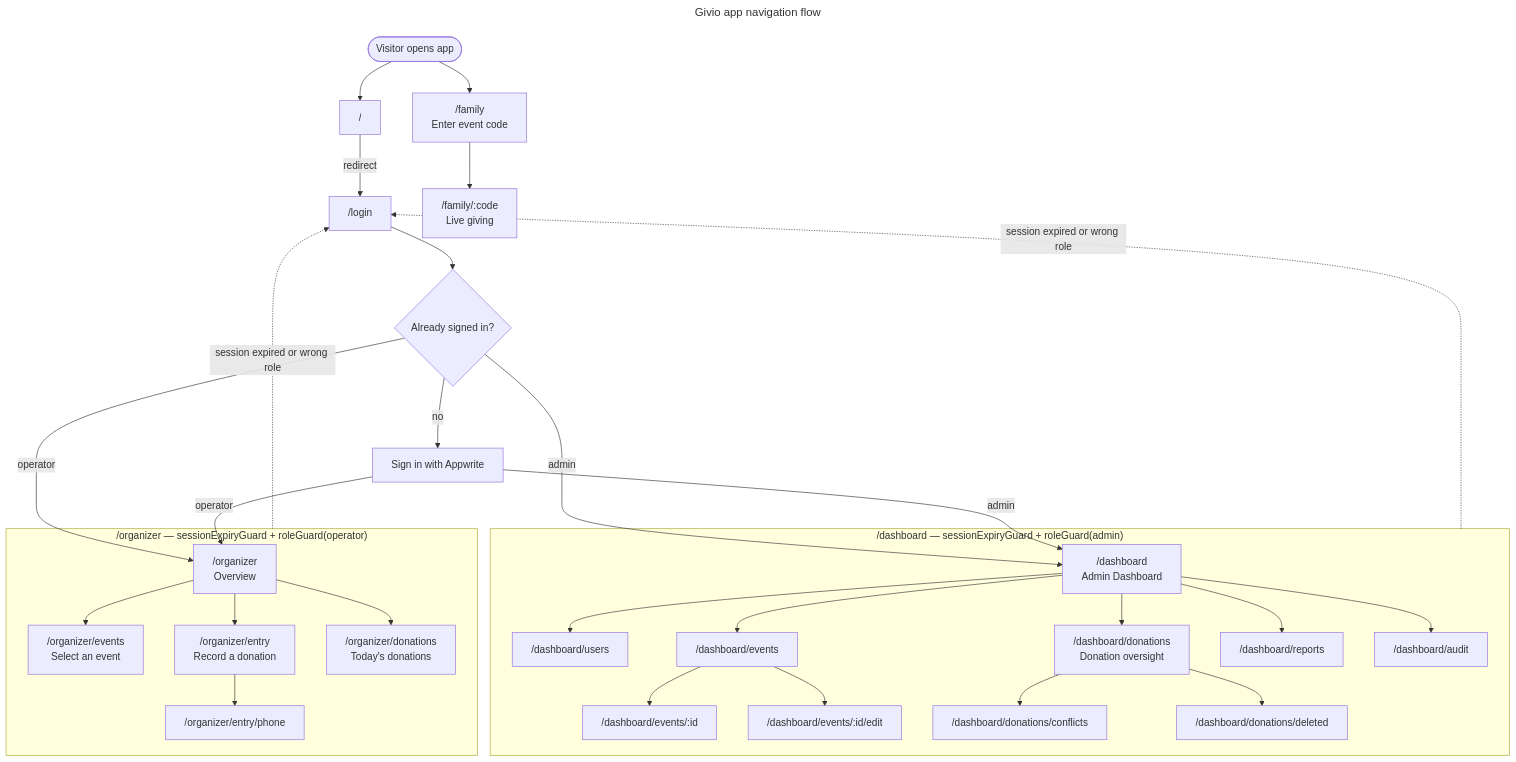
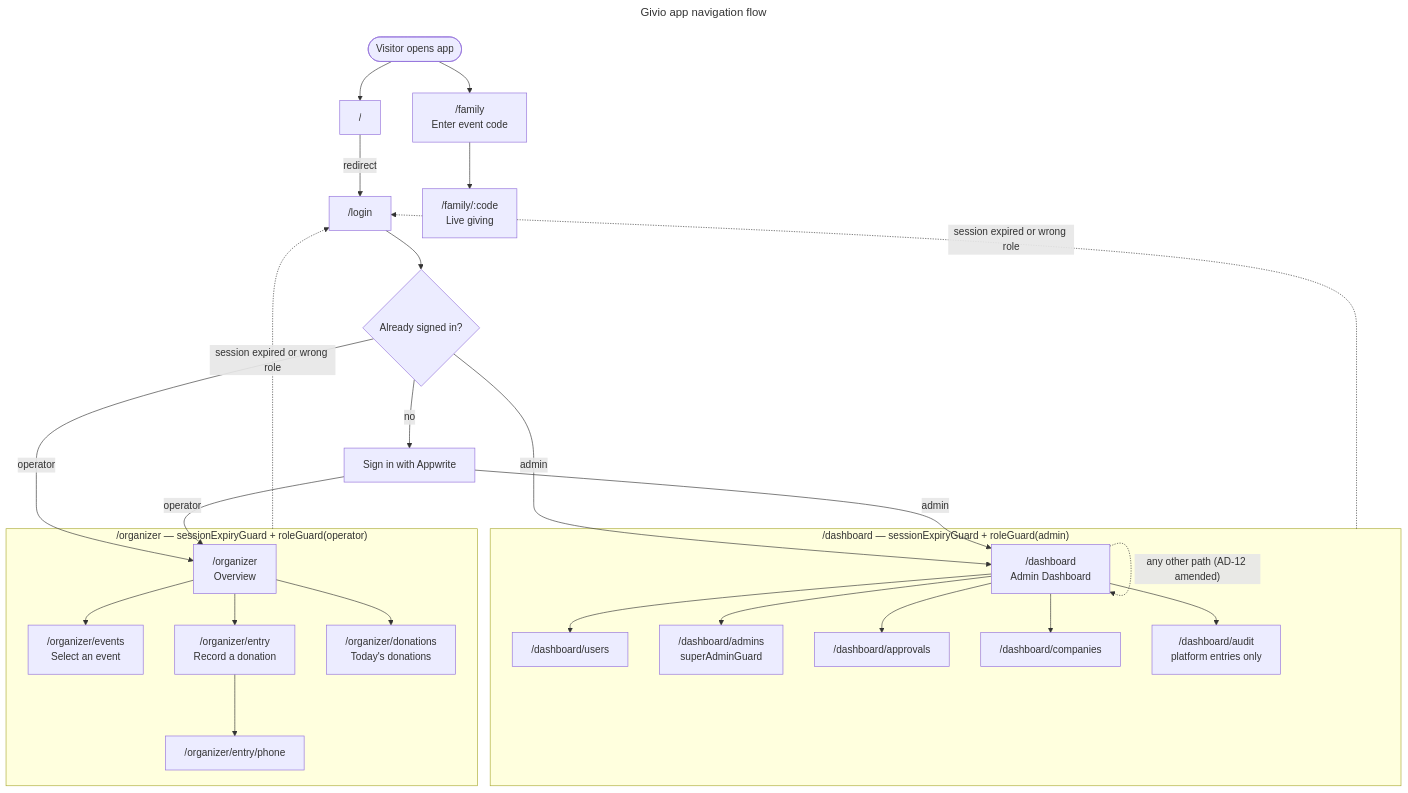
The diagram in docs/diagrams/app-navigation-flow.mmd (Bentil4/Givio), drawn with Mermaid before and after one commit. The commit also changed 85 other files, not shown here.

First line of the commit message:
feat(admin): drop Admin access to company events and donations

```diff
--- a/docs/diagrams/app-navigation-flow.mmd
+++ b/docs/diagrams/app-navigation-flow.mmd
@@ -1,43 +1,40 @@
 ---
 title: Givio app navigation flow
 id: https://mermaidchart.com/d/4142e8d2-b6dd-4b26-a66a-f772ff9aee28
 ---
 %% Source: src/app/app.routes.ts, src/app/auth/auth.routes.ts,
 %% src/app/feature/pages/{admin,organizer,family}/*.routes.ts, src/app/core/guards/role.guard.ts
 flowchart TD
     Start([Visitor opens app]) --> Root["/"]
     Root -->|redirect| Login["/login"]
 
     Login --> Authed{Already signed in?}
     Authed -->|admin| AdminHome
     Authed -->|operator| OrgHome
     Authed -->|no| SignIn[Sign in with Appwrite]
     SignIn -->|admin| AdminHome
     SignIn -->|operator| OrgHome
 
     Start --> FamilyCode["/family<br/>Enter event code"]
     FamilyCode --> FamilyLive["/family/:code<br/>Live giving"]
 
     subgraph Admin["/dashboard — sessionExpiryGuard + roleGuard(admin)"]
         AdminHome["/dashboard<br/>Admin Dashboard"]
         AdminHome --> Users["/dashboard/users"]
-        AdminHome --> Events["/dashboard/events"]
-        Events --> EventDetail["/dashboard/events/:id"]
-        Events --> EditEvent["/dashboard/events/:id/edit"]
-        AdminHome --> Donations["/dashboard/donations<br/>Donation oversight"]
-        Donations --> Conflicts["/dashboard/donations/conflicts"]
-        Donations --> Deleted["/dashboard/donations/deleted"]
-        AdminHome --> Reports["/dashboard/reports"]
-        AdminHome --> Audit["/dashboard/audit"]
+        AdminHome --> Admins["/dashboard/admins<br/>superAdminGuard"]
+        AdminHome --> Approvals["/dashboard/approvals"]
+        AdminHome --> Companies["/dashboard/companies"]
+        AdminHome --> Audit["/dashboard/audit<br/>platform entries only"]
+        AdminHome -. "any other path (AD-12 amended)" .-> AdminHome
     end
 
     subgraph Organizer["/organizer — sessionExpiryGuard + roleGuard(operator)"]
         OrgHome["/organizer<br/>Overview"]
         OrgHome --> EventSelect["/organizer/events<br/>Select an event"]
         OrgHome --> Entry["/organizer/entry<br/>Record a donation"]
         Entry --> PhoneEntry["/organizer/entry/phone"]
         OrgHome --> TodayDonations["/organizer/donations<br/>Today's donations"]
     end
 
     Admin -. session expired or wrong role .-> Login
     Organizer -. session expired or wrong role .-> Login
```
